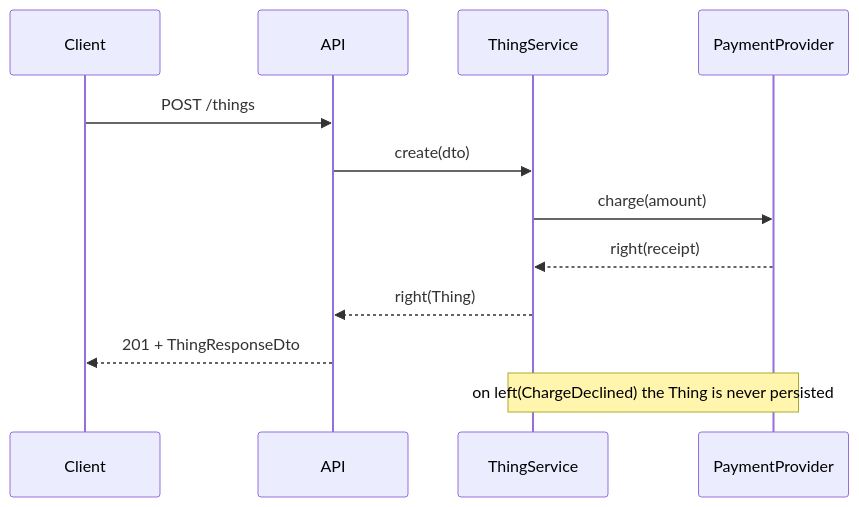
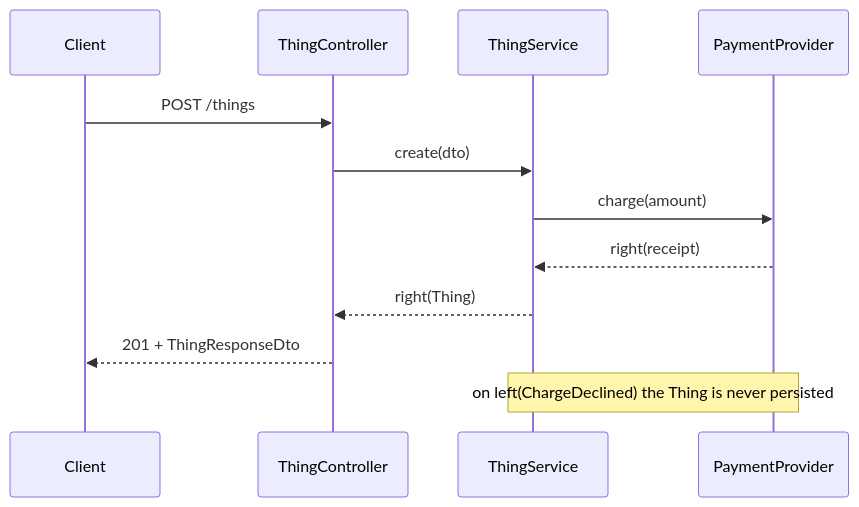
Before and after one commit to Govorin/gsd-core: the second of 3 diagrams in gsd-core/templates/DESIGN.md, drawn with Mermaid. The commit also changed other lines of this file and 5 other files, not shown here.

First line of the commit message:
feat(agents): mermaid by default in docs, checked by diagrams check

````diff
--- a/gsd-core/templates/DESIGN.md
+++ b/gsd-core/templates/DESIGN.md
@@ -129,15 +133,16 @@
 ```mermaid
 sequenceDiagram
+  %% gsd:external C, P
   participant C as Client
-  participant A as API
+  participant A as ThingController
   participant S as ThingService
   participant P as PaymentProvider
 
   C->>A: POST /things
   A->>S: create(dto)
   S->>P: charge(amount)
   P-->>S: right(receipt)
   S-->>A: right(Thing)
   A-->>C: 201 + ThingResponseDto
   Note over S,P: on left(ChargeDeclined) the Thing is never persisted
 ```
````
